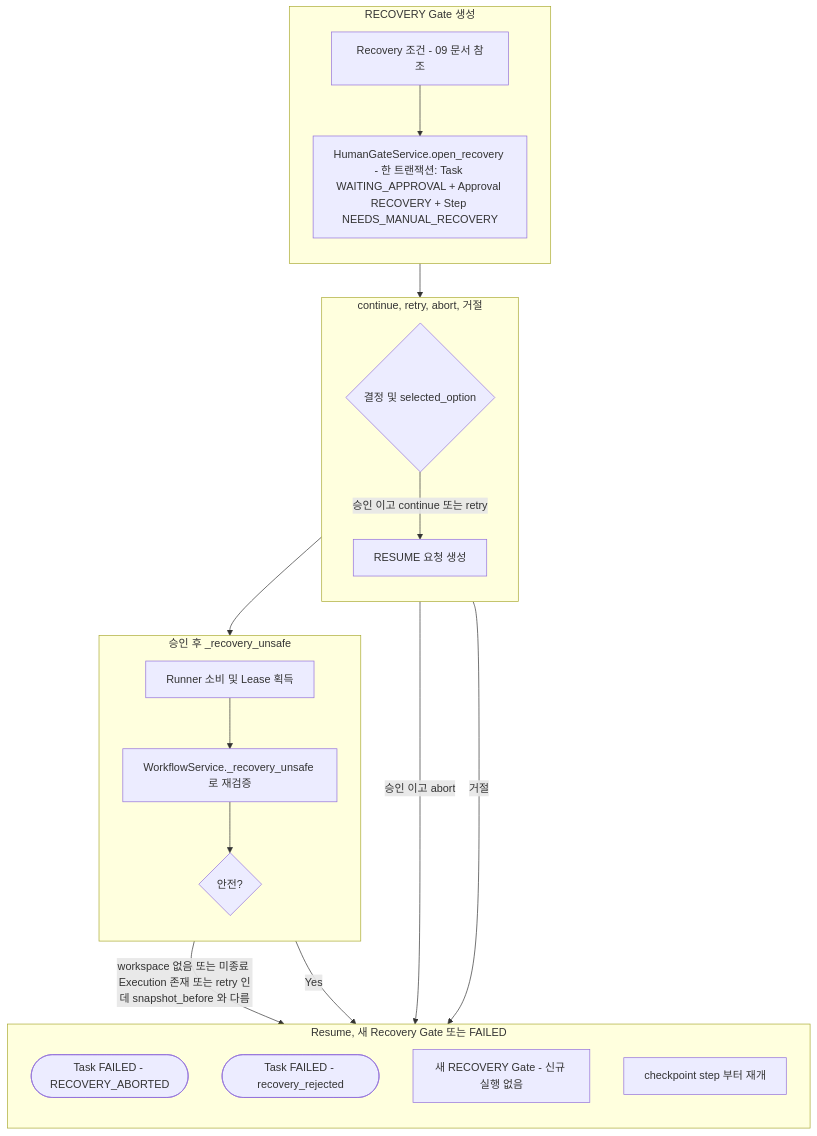
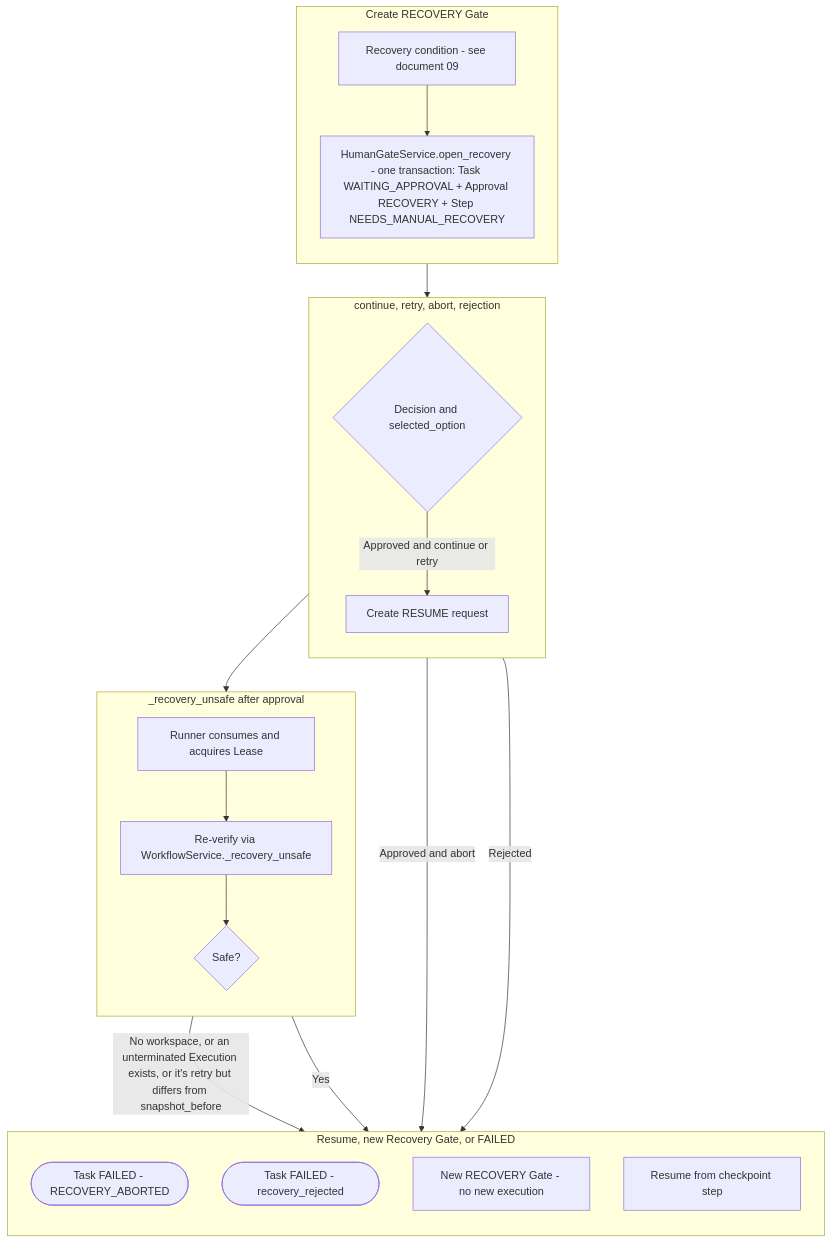
The fourth of 5 diagrams in docs/workflow/08-human-gate.md (mdgome/orchestra-ai), drawn with Mermaid before and after one commit. The commit also changed other lines of this file and 31 other files, not shown here.

````diff
--- a/docs/workflow/08-human-gate.md
+++ b/docs/workflow/08-human-gate.md
@@ -159,34 +161,34 @@
 ```mermaid
 flowchart TD
-    subgraph ENTRY["RECOVERY Gate 생성"]
+    subgraph ENTRY["Create RECOVERY Gate"]
         direction TB
-        A["Recovery 조건 - 09 문서 참조"] --> B["HumanGateService.open_recovery - 한 트랜잭션: Task WAITING_APPROVAL + Approval RECOVERY + Step NEEDS_MANUAL_RECOVERY"]
+        A["Recovery condition - see document 09"] --> B["HumanGateService.open_recovery - one transaction: Task WAITING_APPROVAL + Approval RECOVERY + Step NEEDS_MANUAL_RECOVERY"]
     end
 
-    subgraph CHOICE["continue, retry, abort, 거절"]
+    subgraph CHOICE["continue, retry, abort, rejection"]
         direction TB
-        D{"결정 및 selected_option"}
-        D -->|"승인 이고 continue 또는 retry"| R["RESUME 요청 생성"]
+        D{"Decision and selected_option"}
+        D -->|"Approved and continue or retry"| R["Create RESUME request"]
     end
 
-    subgraph REVERIFY["승인 후 _recovery_unsafe"]
+    subgraph REVERIFY["_recovery_unsafe after approval"]
         direction TB
-        S["Runner 소비 및 Lease 획득"] --> T["WorkflowService._recovery_unsafe 로 재검증"]
-        T --> U{"안전?"}
+        S["Runner consumes and acquires Lease"] --> T["Re-verify via WorkflowService._recovery_unsafe"]
+        T --> U{"Safe?"}
     end
 
-    subgraph OUTCOME["Resume, 새 Recovery Gate 또는 FAILED"]
+    subgraph OUTCOME["Resume, new Recovery Gate, or FAILED"]
         direction TB
         F(["Task FAILED - RECOVERY_ABORTED"])
         F2(["Task FAILED - recovery_rejected"])
-        N["새 RECOVERY Gate - 신규 실행 없음"]
-        V["checkpoint step 부터 재개"]
+        N["New RECOVERY Gate - no new execution"]
+        V["Resume from checkpoint step"]
     end
 
     B --> D
-    D -->|"승인 이고 abort"| F
-    D -->|"거절"| F2
+    D -->|"Approved and abort"| F
+    D -->|"Rejected"| F2
     R --> S
-    U -->|"workspace 없음 또는 미종료 Execution 존재 또는 retry 인데 snapshot_before 와 다름"| N
+    U -->|"No workspace, or an unterminated Execution exists, or it's retry but differs from snapshot_before"| N
     U -->|"Yes"| V
 ```
````
